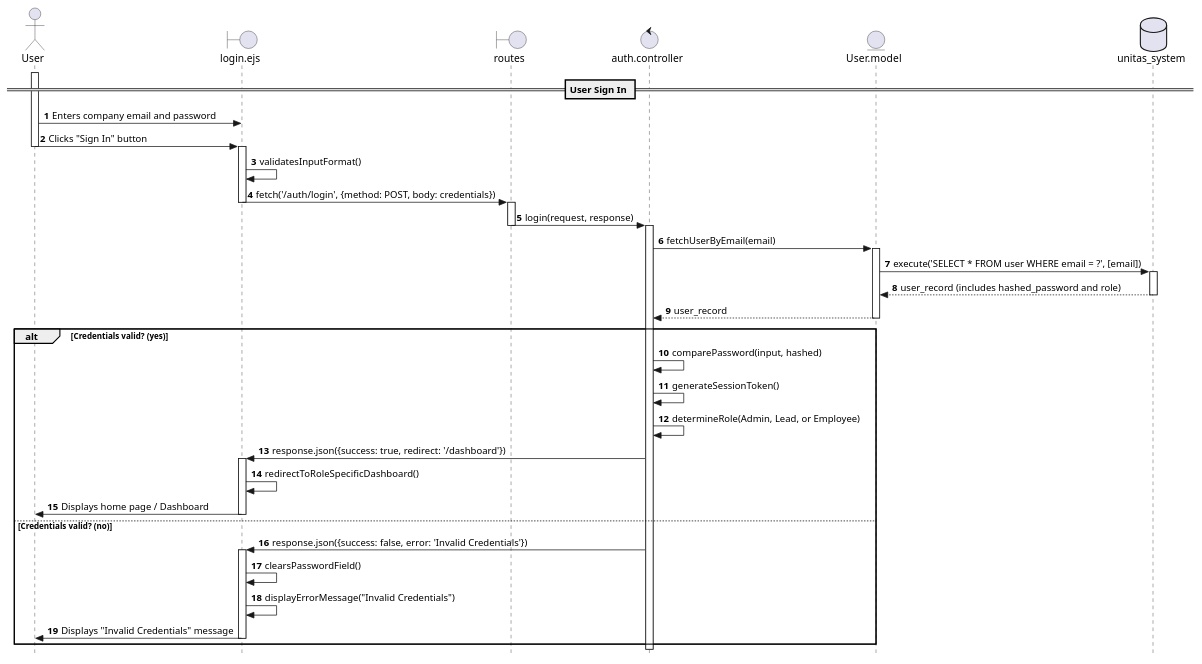
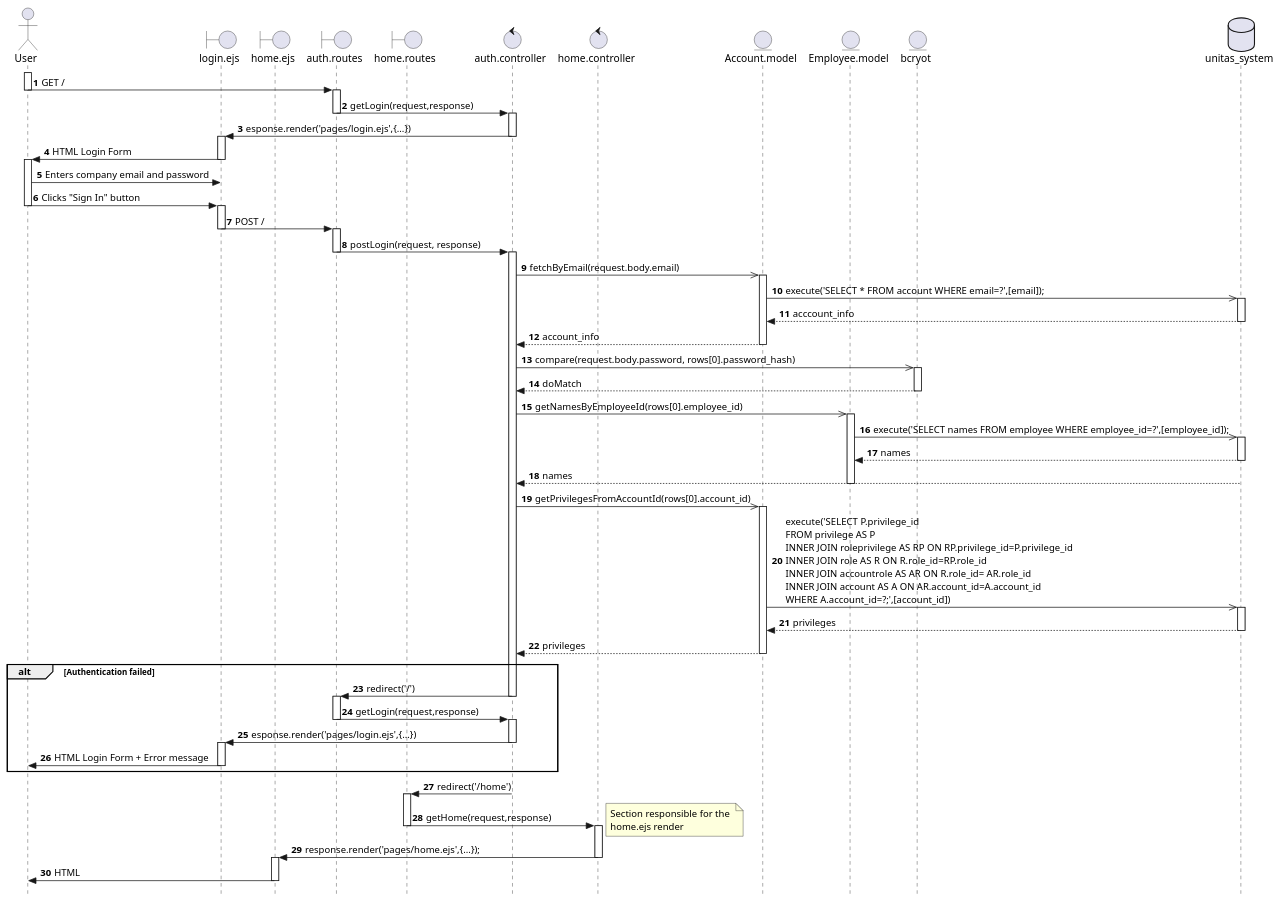
One commit to Berthou05/LimboSoftwareDevelopment_Change.org changed the diagram in documentation/sequence_diagrams/AB/AUTH-01-SD.puml. Above: the diagram before and after it, drawn with PlantUML. The commit also changed 14 other files, not shown here.

Commit message:
[FIX]: Update of the SQL database. Update of SD: AUTH-01, PROJ-03, ADMIN-03, EMP-03, PROJ-07, TEAM-03, 05

```diff
--- a/documentation/sequence_diagrams/AB/AUTH-01-SD.puml
+++ b/documentation/sequence_diagrams/AB/AUTH-01-SD.puml
@@ -1,63 +1,115 @@
 @startuml
 skinparam style strictuml
 
 actor User as U
 boundary "login.ejs" as V
-boundary "routes" as RO
+boundary "home.ejs" as HV
+boundary "auth.routes" as RO
+boundary  "home.routes" as HR
 control "auth.controller" as C
-entity "User.model" as M
+control "home.controller" as HC
+entity "Account.model" as A
+entity "Employee.model" as E
+entity "bcryot" as BC
 database "unitas_system" as BD
 
 autonumber
 
-== User Sign In ==
+activate U
 
+note right
+User enters the Unitas 
+web application
+end note
+
+U->RO: GET /
+deactivate U
+    activate RO
+    RO->C:getLogin(request,response)
+    deactivate RO
+        activate C
+        C->V: esponse.render('pages/login.ejs',{...})
+        deactivate C
+    activate V
+    V->U:HTML Login Form
+    deactivate V
 activate U
 U -> V: Enters company email and password
 U -> V: Clicks "Sign In" button
 deactivate U
 
-activate V
-V -> V: validatesInputFormat()
-V -> RO: fetch('/auth/login', {method: POST, body: credentials})
-deactivate V
+    activate V
+    V -> RO: POST /
+    deactivate V
+        activate RO
+        RO -> C: postLogin(request, response)
+        deactivate RO
 
-activate RO
-RO -> C: login(request, response)
-deactivate RO
+            activate C
+            C->>A: fetchByEmail(request.body.email)
+                activate A
+                A->>BD: execute('SELECT * FROM account WHERE email=?',[email]);
+                    activate BD
+                    BD-->A: acccount_info
+                    deactivate BD
+                A-->C: account_info
+                deactivate A
+            
+            C->>BC: compare(request.body.password, rows[0].password_hash)
+                activate BC
+                BC-->C:doMatch
+                deactivate BC
+            
+            C->>E: getNamesByEmployeeId(rows[0].employee_id)
+                activate E
+                E->>BD: execute('SELECT names FROM employee WHERE employee_id=?',[employee_id]);
+                    activate BD
+                    BD-->E: names
+                    deactivate BD
+                BD-->C: names
+                deactivate E
 
-activate C
-C -> M: fetchUserByEmail(email)
-activate M
+            C->>A: getPrivilegesFromAccountId(rows[0].account_id)
+                activate A
+                A->>BD: execute('SELECT P.privilege_id \nFROM privilege AS P \nINNER JOIN roleprivilege AS RP ON RP.privilege_id=P.privilege_id \nINNER JOIN role AS R ON R.role_id=RP.role_id \nINNER JOIN accountrole AS AR ON R.role_id= AR.role_id \nINNER JOIN account AS A ON AR.account_id=A.account_id \nWHERE A.account_id=?;',[account_id])
+                    activate BD
+                    BD-->A: privileges
+                    deactivate BD
+                A-->C: privileges
+                deactivate A
+            
+alt Authentication failed
+            C->RO: redirect('/')
+            deactivate C
 
-M -> BD: execute('SELECT * FROM user WHERE email = ?', [email])
-activate BD
-BD --> M: user_record (includes hashed_password and role)
-deactivate BD
+        activate RO
+        RO->C:getLogin(request,response)
+        deactivate RO
 
-M --> C: user_record
-deactivate M
-
-alt Credentials valid? (yes)
-    C -> C: comparePassword(input, hashed)
-    C -> C: generateSessionToken()
-    C -> C: determineRole(Admin, Lead, or Employee)
-    
-    C -> V: response.json({success: true, redirect: '/dashboard'})
+            activate C
+            C->V: esponse.render('pages/login.ejs',{...})
+            deactivate C
     activate V
-    V -> V: redirectToRoleSpecificDashboard()
-    V -> U: Displays home page / Dashboard
-    deactivate V
-    
-else Credentials valid? (no)
-    C -> V: response.json({success: false, error: 'Invalid Credentials'})
-    activate V
-    V -> V: clearsPasswordField()
-    V -> V: displayErrorMessage("Invalid Credentials")
-    V -> U: Displays "Invalid Credentials" message
+    V->U:HTML Login Form + Error message
     deactivate V
 end
+            
+            C->HR: redirect('/home')
+            deactivate C
+    
+    activate HR
+    HR->HC: getHome(request,response)
+    deactivate HR
 
-deactivate C
+        activate HC
+        note right
+        Section responsible for the 
+        home.ejs render
+        end note
+        HC->HV: response.render('pages/home.ejs',{...});
+        deactivate HC
+    activate HV
+    HV->U: HTML
+    deactivate HV
 
 @enduml
```
